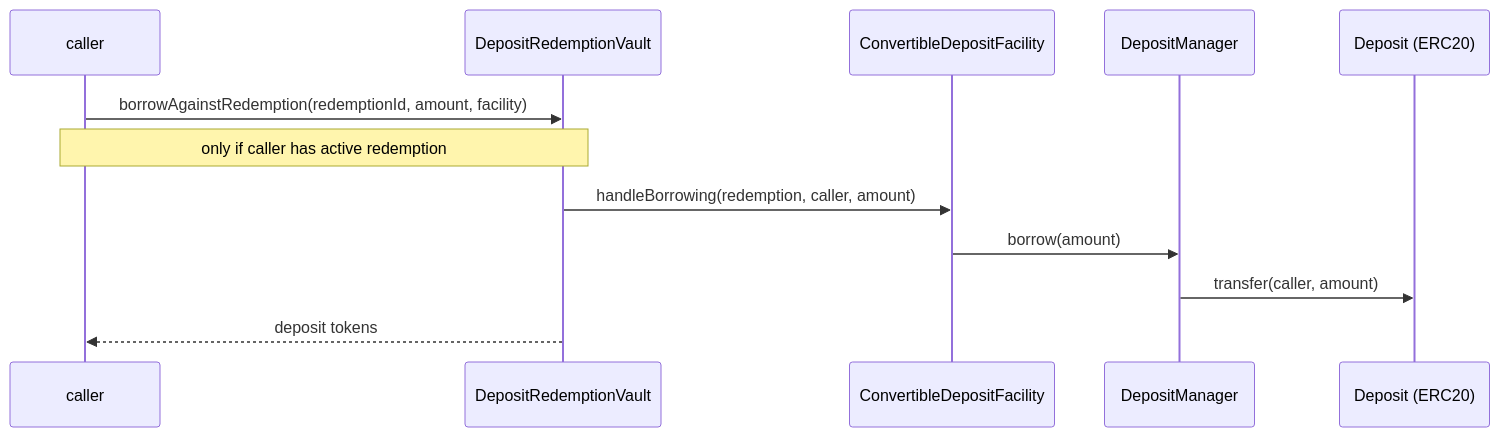
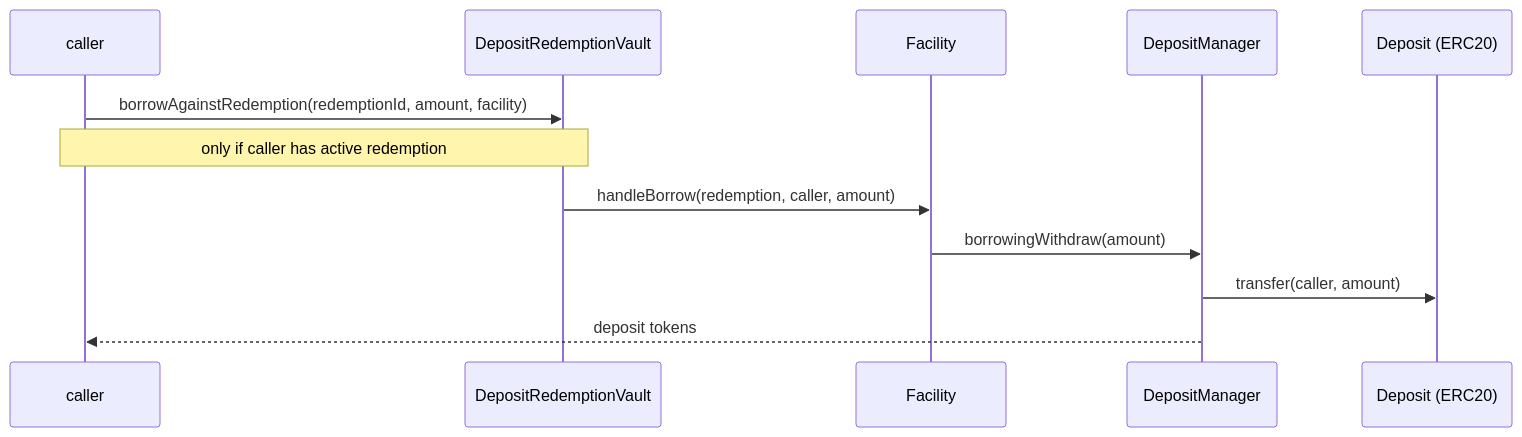
Before and after one commit to OlympusDAO/olympus-v3: the ninth of 12 diagrams in audit/2025-01_convertible-deposits/README.md, drawn with Mermaid. The commit also changed other lines of this file and 1 other file, not shown here.

````diff
--- a/audit/2025-01_convertible-deposits/README.md
+++ b/audit/2025-01_convertible-deposits/README.md
@@ -413,15 +411,15 @@
 ```mermaid
 sequenceDiagram
     participant caller
     participant DepositRedemptionVault
-    participant ConvertibleDepositFacility
+    participant Facility
     participant DepositManager
     participant DepositToken as Deposit (ERC20)
 
     caller->>DepositRedemptionVault: borrowAgainstRedemption(redemptionId, amount, facility)
     note over caller, DepositRedemptionVault: only if caller has active redemption
-    DepositRedemptionVault->>ConvertibleDepositFacility: handleBorrowing(redemption, caller, amount)
-    ConvertibleDepositFacility->>DepositManager: borrow(amount)
+    DepositRedemptionVault->>Facility: handleBorrow(redemption, caller, amount)
+    Facility->>DepositManager: borrowingWithdraw(amount)
     DepositManager->>DepositToken: transfer(caller, amount)
-    DepositRedemptionVault-->>caller: deposit tokens
+    DepositManager-->>caller: deposit tokens
 ```
````
